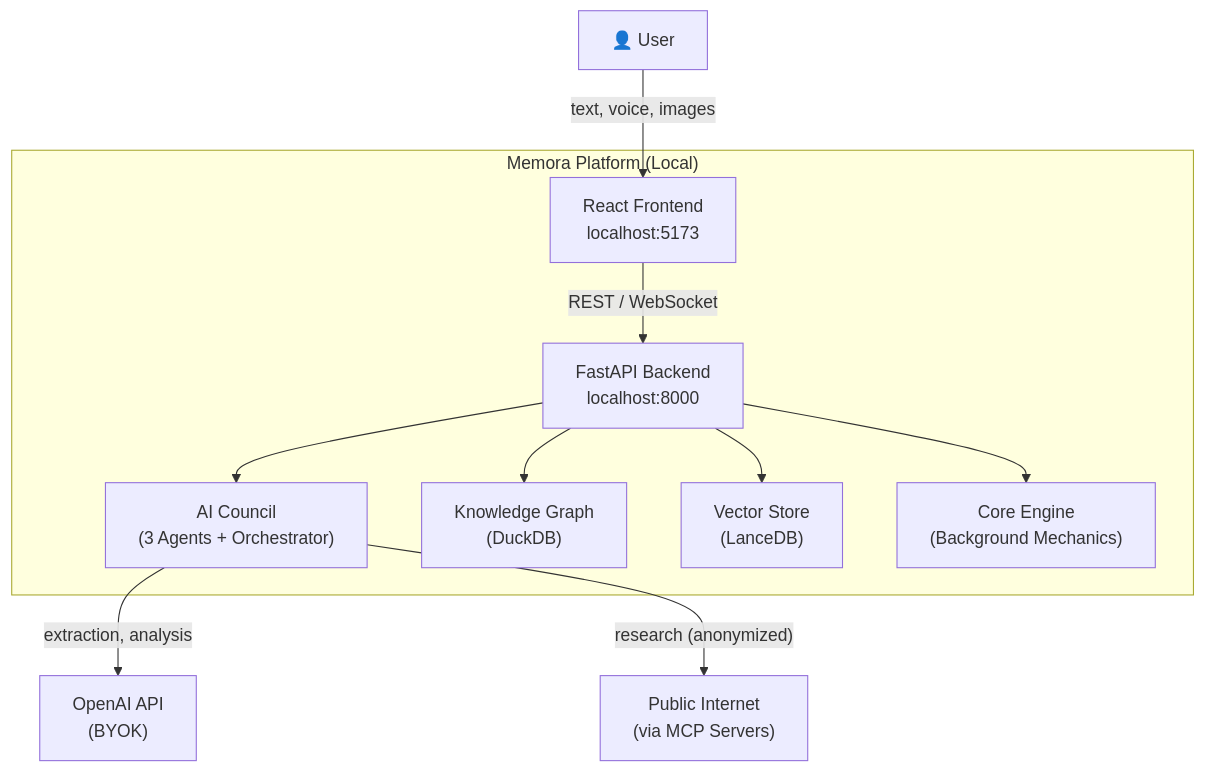
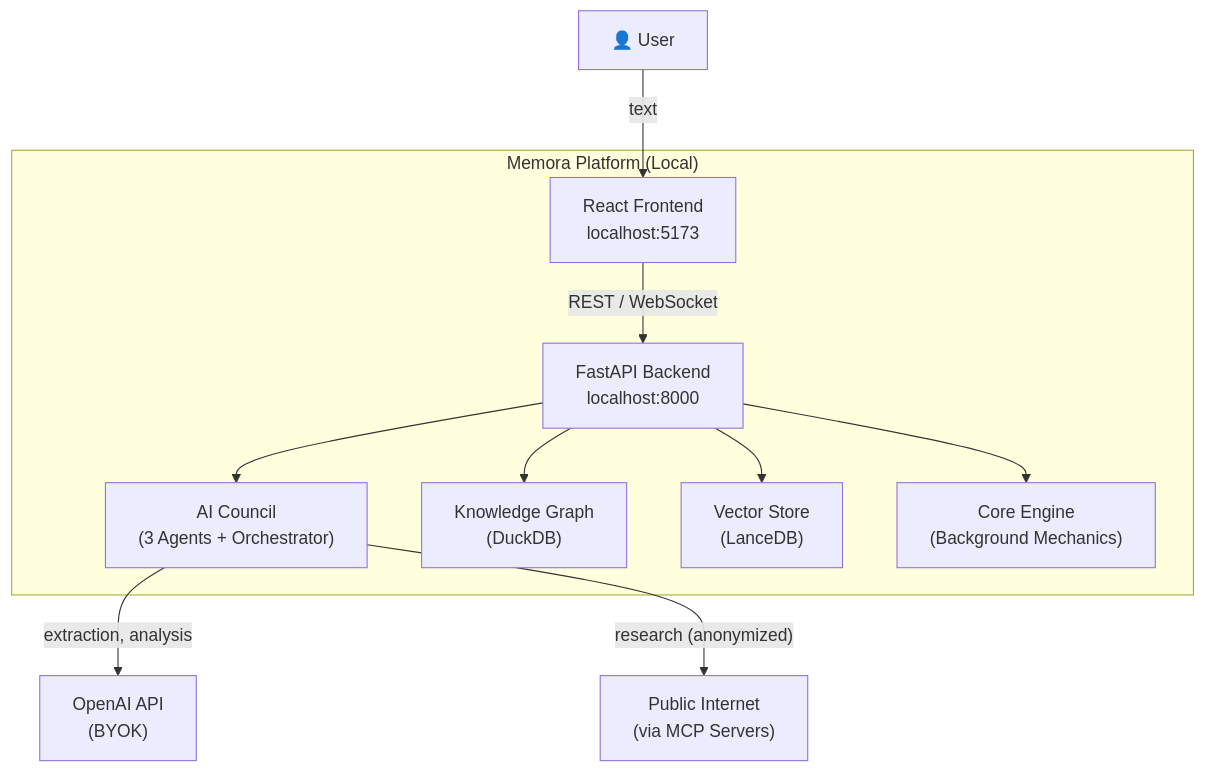
Before and after one commit to dorycui007/Memora: the first of 10 diagrams in ARCHITECTURE.md, drawn with Mermaid. The commit also changed other lines of this file and 1 other file, not shown here.

Commit message:
Update README and architecture documentation

````diff
--- a/ARCHITECTURE.md
+++ b/ARCHITECTURE.md
@@ -114,25 +114,25 @@
 ```mermaid
 graph TB
     User["👤 User"]
 
     subgraph Memora["Memora Platform (Local)"]
         Frontend["React Frontend<br/>localhost:5173"]
         API["FastAPI Backend<br/>localhost:8000"]
         Agents["AI Council<br/>(3 Agents + Orchestrator)"]
         Graph["Knowledge Graph<br/>(DuckDB)"]
         Vector["Vector Store<br/>(LanceDB)"]
         Engine["Core Engine<br/>(Background Mechanics)"]
     end
 
     OpenAI["OpenAI API<br/>(BYOK)"]
     Internet["Public Internet<br/>(via MCP Servers)"]
 
-    User -->|"text, voice, images"| Frontend
+    User -->|"text"| Frontend
     Frontend -->|"REST / WebSocket"| API
     API --> Agents
     API --> Graph
     API --> Vector
     API --> Engine
     Agents -->|"extraction, analysis"| OpenAI
     Agents -->|"research (anonymized)"| Internet
 ```
````
